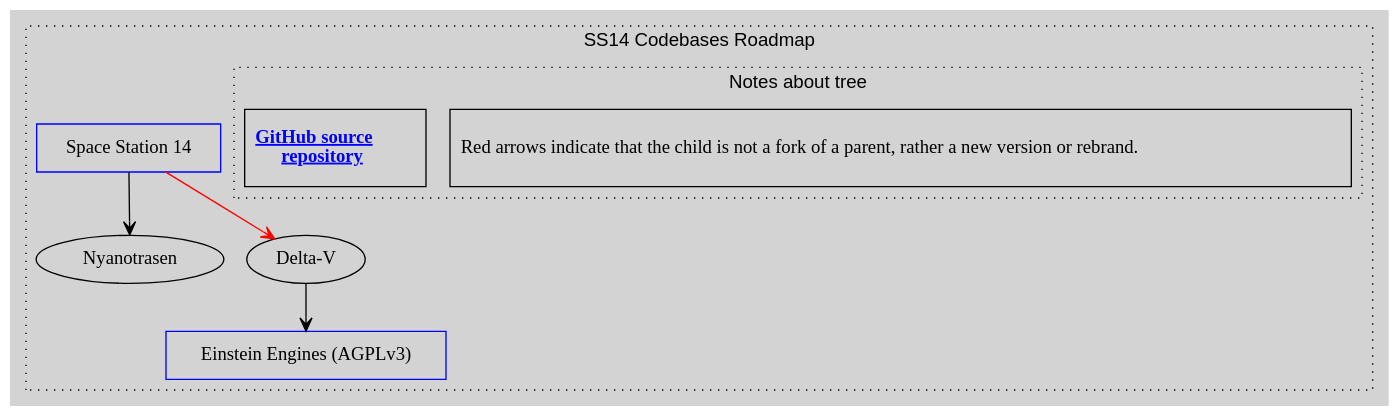
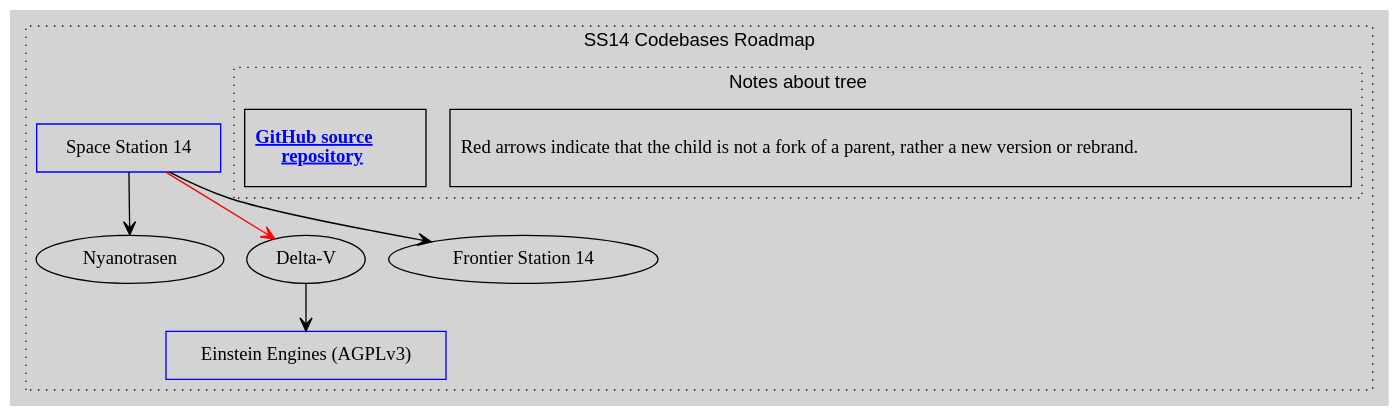
Before and after one commit to Noliuss/SS14-Codebases: the diagram in src/tree.dot, drawn with Graphviz.

Commit message:
Added frontier

```diff
--- a/src/tree.dot
+++ b/src/tree.dot
@@ -1,85 +1,86 @@
 digraph G {
 	/// Attributes ///
 	color    = "black"
 	fontname = "Arial"
 	fontsize = 14
 	ratio    = "auto" //size = "30, 30"
 	rankdir  = "LB"
 	bgcolor  = lightgray
 	//splines  = false
 
 	graph [
 		compound = true
 	]
 	edge [
 		arrowhead = vee,
 		arrowtail = vee,
 		splines = curved
 	]
 
 	//
 	subgraph "cluster Map"
 	{
 		//
 		subgraph "cluster_note"
 		{
 			/// Attributes ///
 			label    = "Notes about tree"
 			style    = "dotted"
 			rankdir  = "LB"
 			compound = false
 			rank     = same
 			//pos      = "10,10!"
 
 			node [
 				shape    = rectangle,
 				fontsize = 14,
 				//width    = 3.5
 				//height   = .08
 				minlen = 1
 			]
 			edge [
 				constraint = false
 			]
 
 			/// Nodes ///
 			note1 [
 				label  = "Red arrows indicate that the child is not a fork of a parent, rather a new version or rebrand.\l",
 				width  = 4.5,
 				height = .8
 			]
 			note2 [
 				shape    = record,
 				fontcolor = "blue"
 				decorate=true
 				label  = <<b><u>GitHub source <br/>repository</u></b>>,
 				URL    = "https://github.com/Noliuss/SS14-Codebases",
 				width  = 1.4,
 				height = .8
 			]
 			//dummy_helper1 [style = "invis", width = 3]
 
 			/// Edges ///
 			//note1 -> note2 [style = "invis", constraint = false, dir = left] //, taillabel = "tail", lhead=cluster_0, constraint=false]
 			//node [shape=record, height=.08, fontsize=11, width=3.5]
 			//note1 -> dummy_helper1 [style = "invis"] //, taillabel = "tail", lhead=cluster_0, constraint=false]
 
 		}
 
 		/// Attributes ///
 		label    = "SS14 Codebases Roadmap"
 		labelloc = "top"
 		style    = "dotted"
 		//rankdir = "TB"
 		//edge [constraint = true]
 
 		/// Nodes ///
 		"Space Station 14" [shape = rectangle, color = blue] // added by: noliuss
 		"Einstein Engines (AGPLv3)" [shape = rectangle, color = blue] // added by: noliuss
 
 		/// Edges ///
 		"Space Station 14"           -> "Nyanotrasen" // added by: noliuss
 		"Space Station 14"           -> "Delta-V" [color = red] // added by: noliuss
 		"Delta-V"                    -> "Einstein Engines (AGPLv3)" // added by: noliuss
+		"Space Station 14"           -> "Frontier Station 14" // added by: noliuss
 	}
 }
```
